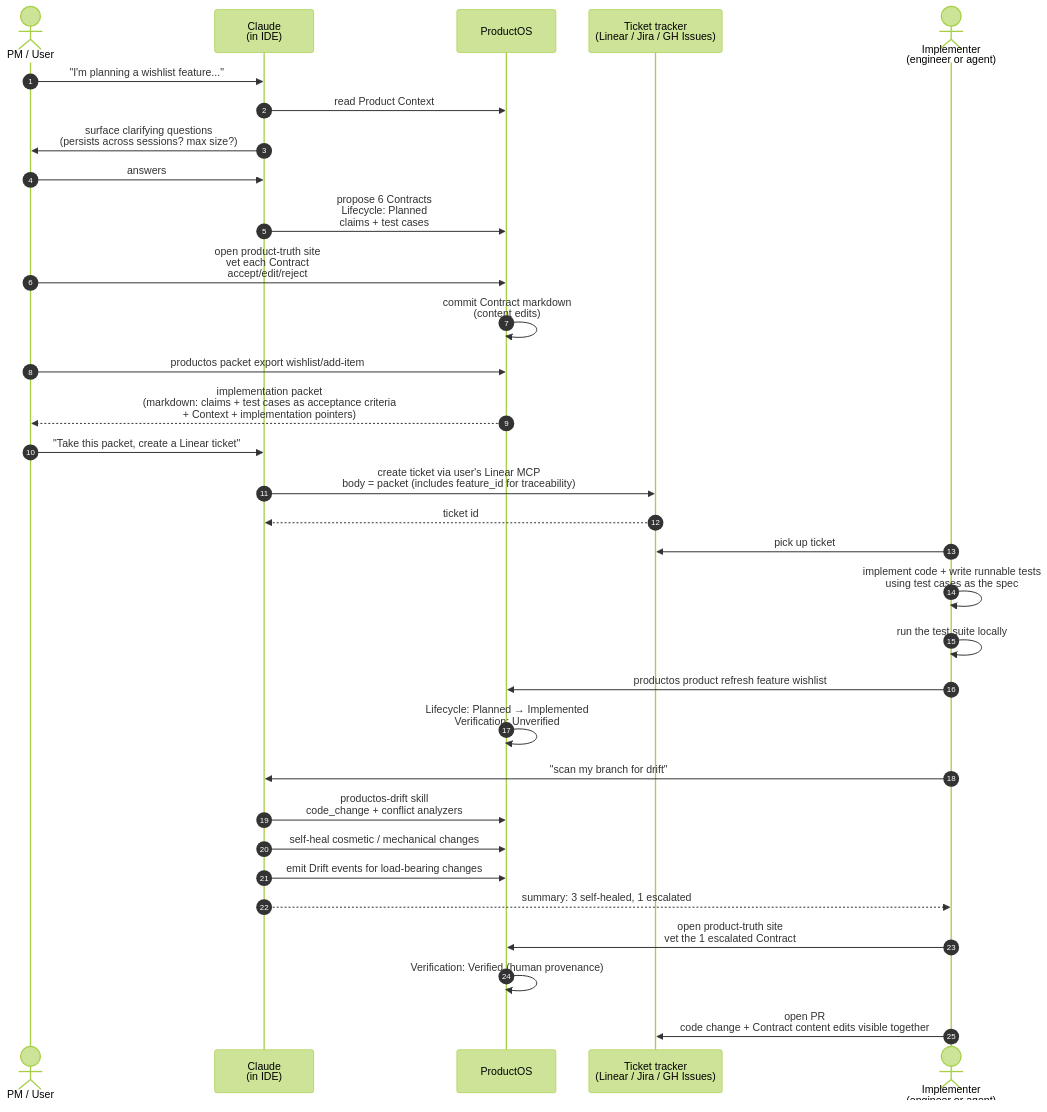
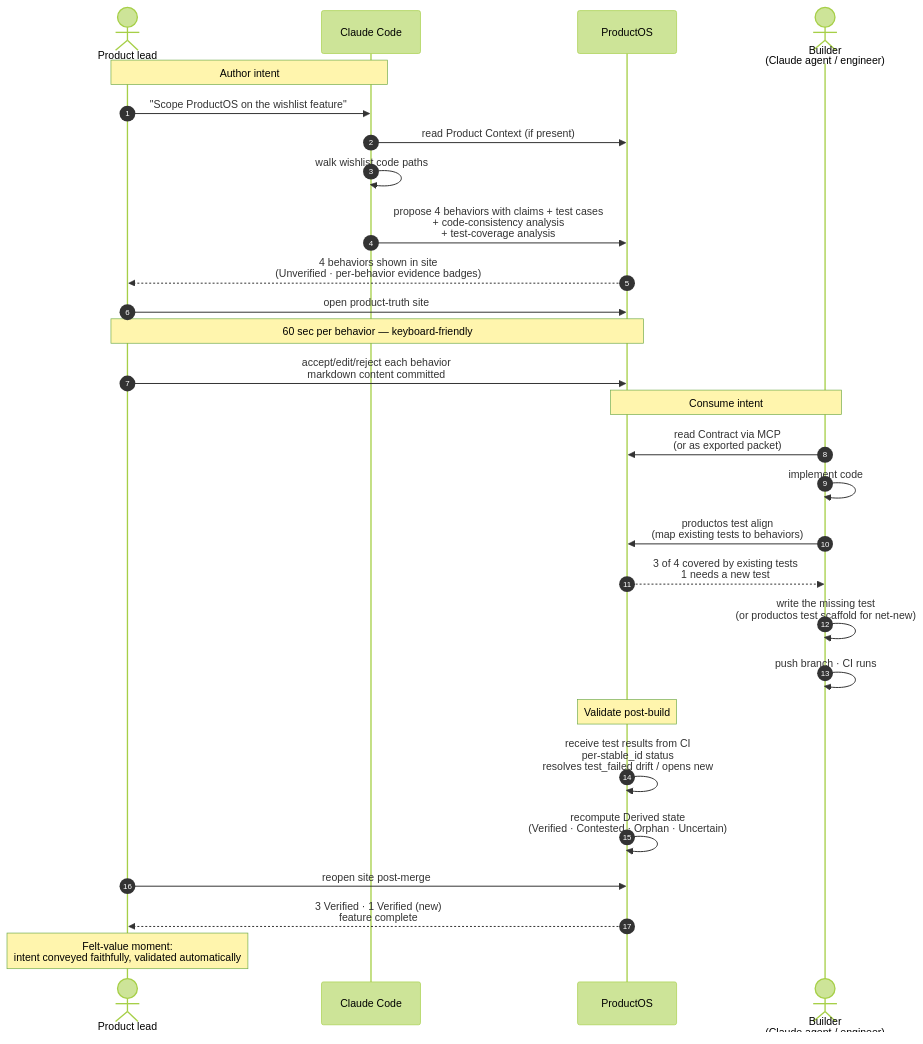
One commit to ayyoitsp/ProductOS changed the second of 3 diagrams in USE_CASES.md. Above: the diagram before and after it, drawn with Mermaid (forest theme). The commit also changed other lines of this file and 3 other files, not shown here.

First line of the commit message:
docs: refactor v0.1 model — three-layer architecture + PM-led persona (#8)

````diff
--- a/USE_CASES.md
+++ b/USE_CASES.md
@@ -60,42 +62,36 @@
 ```mermaid
 sequenceDiagram
     autonumber
-    actor User as PM / User
-    participant Claude as Claude<br/>(in IDE)
+    actor PM as Product lead
+    participant Claude as Claude Code
     participant ProductOS
-    participant Tracker as Ticket tracker<br/>(Linear / Jira / GH Issues)
-    actor Impl as Implementer<br/>(engineer or agent)
+    actor Builder as Builder<br/>(Claude agent / engineer)
 
-    User->>Claude: "I'm planning a wishlist feature..."
-    Claude->>ProductOS: read Product Context
-    Claude->>User: surface clarifying questions<br/>(persists across sessions? max size?)
-    User->>Claude: answers
+    Note over PM,Claude: Author intent
+    PM->>Claude: "Scope ProductOS on the wishlist feature"
+    Claude->>ProductOS: read Product Context (if present)
+    Claude->>Claude: walk wishlist code paths
+    Claude->>ProductOS: propose 4 behaviors with claims + test cases<br/>+ code-consistency analysis<br/>+ test-coverage analysis
+    ProductOS-->>PM: 4 behaviors shown in site<br/>(Unverified · per-behavior evidence badges)
 
-    Claude->>ProductOS: propose 6 Contracts<br/>Lifecycle: Planned<br/>claims + test cases
-    User->>ProductOS: open product-truth site<br/>vet each Contract<br/>accept/edit/reject
-    ProductOS->>ProductOS: commit Contract markdown<br/>(content edits)
+    PM->>ProductOS: open product-truth site
+    Note over PM,ProductOS: 60 sec per behavior — keyboard-friendly
+    PM->>ProductOS: accept/edit/reject each behavior<br/>markdown content committed
 
-    User->>ProductOS: productos packet export wishlist/add-item
-    ProductOS-->>User: implementation packet<br/>(markdown: claims + test cases as acceptance criteria<br/>+ Context + implementation pointers)
+    Note over Builder,ProductOS: Consume intent
+    Builder->>ProductOS: read Contract via MCP<br/>(or as exported packet)
+    Builder->>Builder: implement code
+    Builder->>ProductOS: productos test align<br/>(map existing tests to behaviors)
+    ProductOS-->>Builder: 3 of 4 covered by existing tests<br/>1 needs a new test
+    Builder->>Builder: write the missing test<br/>(or productos test scaffold for net-new)
+    Builder->>Builder: push branch · CI runs
 
-    User->>Claude: "Take this packet, create a Linear ticket"
-    Claude->>Tracker: create ticket via user's Linear MCP<br/>body = packet (includes feature_id for traceability)
-    Tracker-->>Claude: ticket id
+    Note over ProductOS: Validate post-build
+    ProductOS->>ProductOS: receive test results from CI<br/>per-stable_id status<br/>resolves test_failed drift / opens new
+    ProductOS->>ProductOS: recompute Derived state<br/>(Verified · Contested · Orphan · Uncertain)
 
-    Impl->>Tracker: pick up ticket
-    Impl->>Impl: implement code + write runnable tests<br/>using test cases as the spec
-    Impl->>Impl: run the test suite locally
-    Impl->>ProductOS: productos product refresh feature wishlist
-    ProductOS->>ProductOS: Lifecycle: Planned → Implemented<br/>Verification: Unverified
+    PM->>ProductOS: reopen site post-merge
+    ProductOS-->>PM: 3 Verified · 1 Verified (new)<br/>feature complete
 
-    Impl->>Claude: "scan my branch for drift"
-    Claude->>ProductOS: productos-drift skill<br/>code_change + conflict analyzers
-    Claude->>ProductOS: self-heal cosmetic / mechanical changes
-    Claude->>ProductOS: emit Drift events for load-bearing changes
-    Claude-->>Impl: summary: 3 self-healed, 1 escalated
-
-    Impl->>ProductOS: open product-truth site<br/>vet the 1 escalated Contract
-    ProductOS->>ProductOS: Verification: Verified (human provenance)
-
-    Impl->>Tracker: open PR<br/>code change + Contract content edits visible together
+    Note over PM: Felt-value moment:<br/>intent conveyed faithfully, validated automatically
 ```
````
